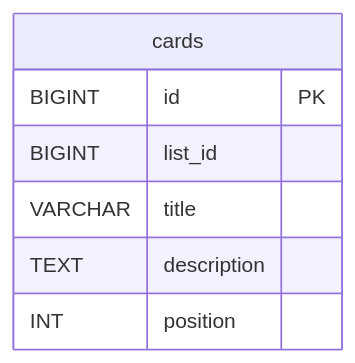
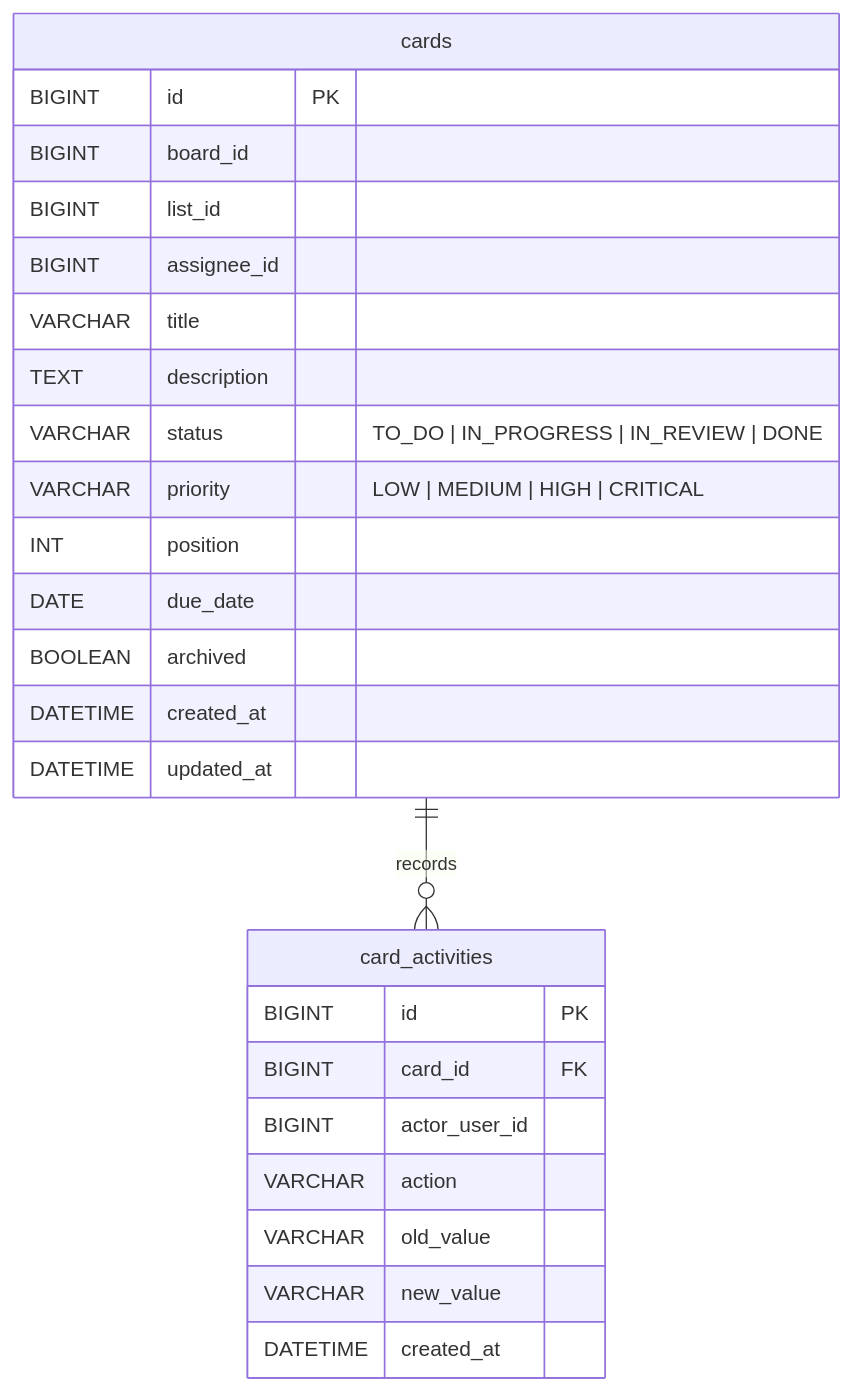
The first of 4 diagrams in docs/services/card-service/diagrams.md (Prashant-kumar-sharma/FlowBoard-Backend), drawn with Mermaid before and after one commit. The commit also changed other lines of this file and 10 other files, not shown here.

Commit message:
[Prashant] : Added Diagrams for all the services

````diff
--- a/docs/services/card-service/diagrams.md
+++ b/docs/services/card-service/diagrams.md
@@ -4,10 +4,30 @@
 ```mermaid
 erDiagram
+    cards ||--o{ card_activities : records
+
     cards {
         BIGINT id PK
+        BIGINT board_id
         BIGINT list_id
+        BIGINT assignee_id
         VARCHAR title
         TEXT description
+        VARCHAR status "TO_DO | IN_PROGRESS | IN_REVIEW | DONE"
+        VARCHAR priority "LOW | MEDIUM | HIGH | CRITICAL"
         INT position
+        DATE due_date
+        BOOLEAN archived
+        DATETIME created_at
+        DATETIME updated_at
+    }
+
+    card_activities {
+        BIGINT id PK
+        BIGINT card_id FK
+        BIGINT actor_user_id
+        VARCHAR action
+        VARCHAR old_value
+        VARCHAR new_value
+        DATETIME created_at
     }
 ```
````
